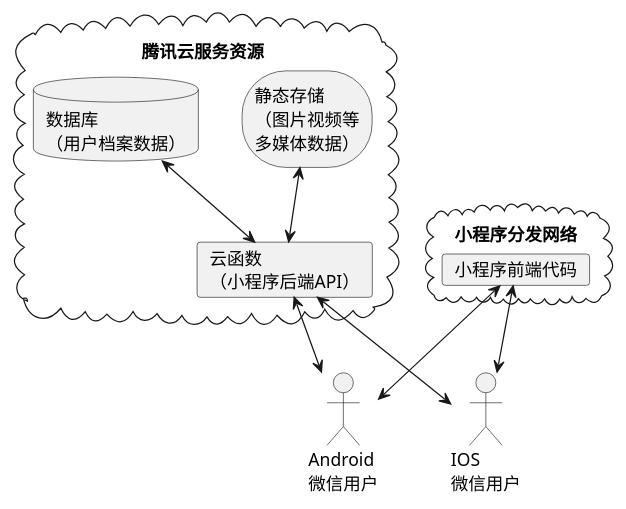
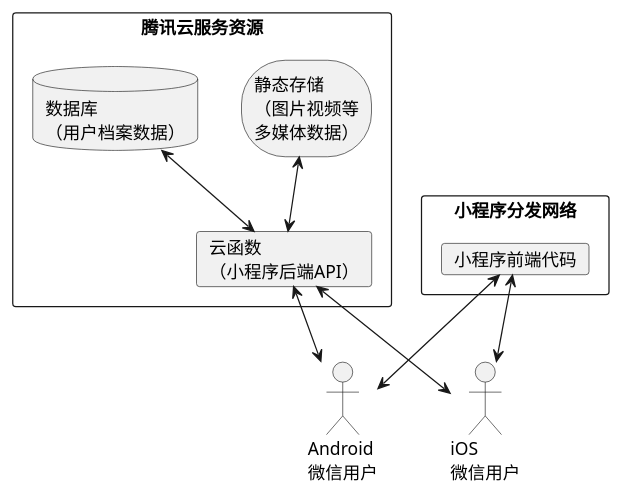
The diagram in client/docs/diagrams/src/chap4-network.pu (Joxon/taro-tomato-wxcloud), drawn with PlantUML before and after one commit. The commit also changed 18 other files, not shown here.

Commit message:
updated diagrams

```diff
--- a/client/docs/diagrams/src/chap4-network.pu
+++ b/client/docs/diagrams/src/chap4-network.pu
@@ -1,24 +1,24 @@
 @startuml chap4-network
 
 top to bottom direction
 
-cloud 腾讯云服务资源 {
+rectangle 腾讯云服务资源 {
   database "数据库\n（用户档案数据）" as db
   storage "静态存储\n（图片视频等\n多媒体数据）" as ss
   card "云函数\n（小程序后端API）" as apis
   apis <-up-> db
   apis <-up-> ss
 }
 
-cloud 小程序分发网络 {
+rectangle 小程序分发网络 {
   card 小程序前端代码 as fe
 }
 
 actor "Android\n微信用户" as aUser
-actor "IOS\n微信用户" as iUser
+actor "iOS\n微信用户" as iUser
 aUser <-up-> fe
 aUser <-up-> apis
 iUser <-up-> fe
 iUser <-up-> apis
 
 @enduml
```
